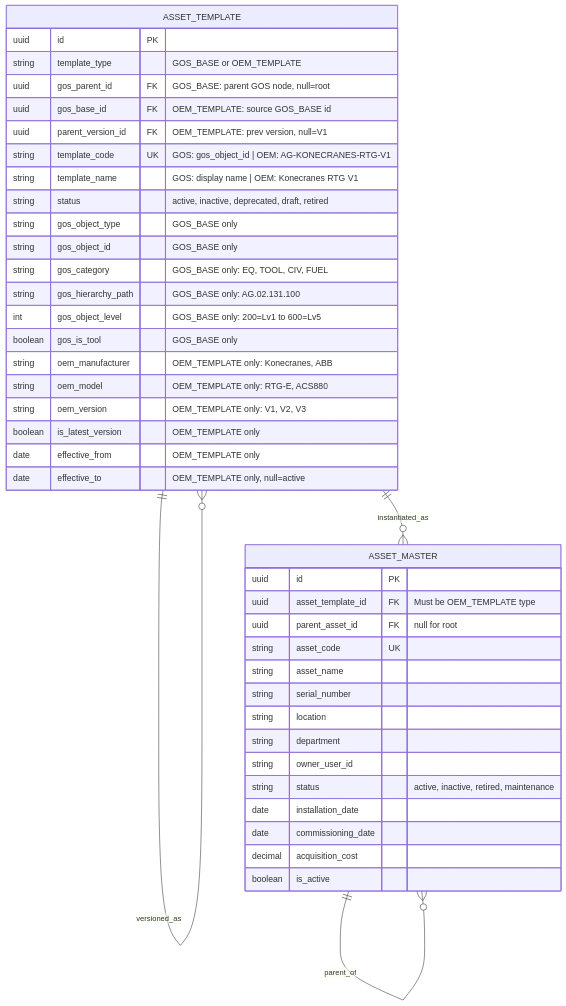
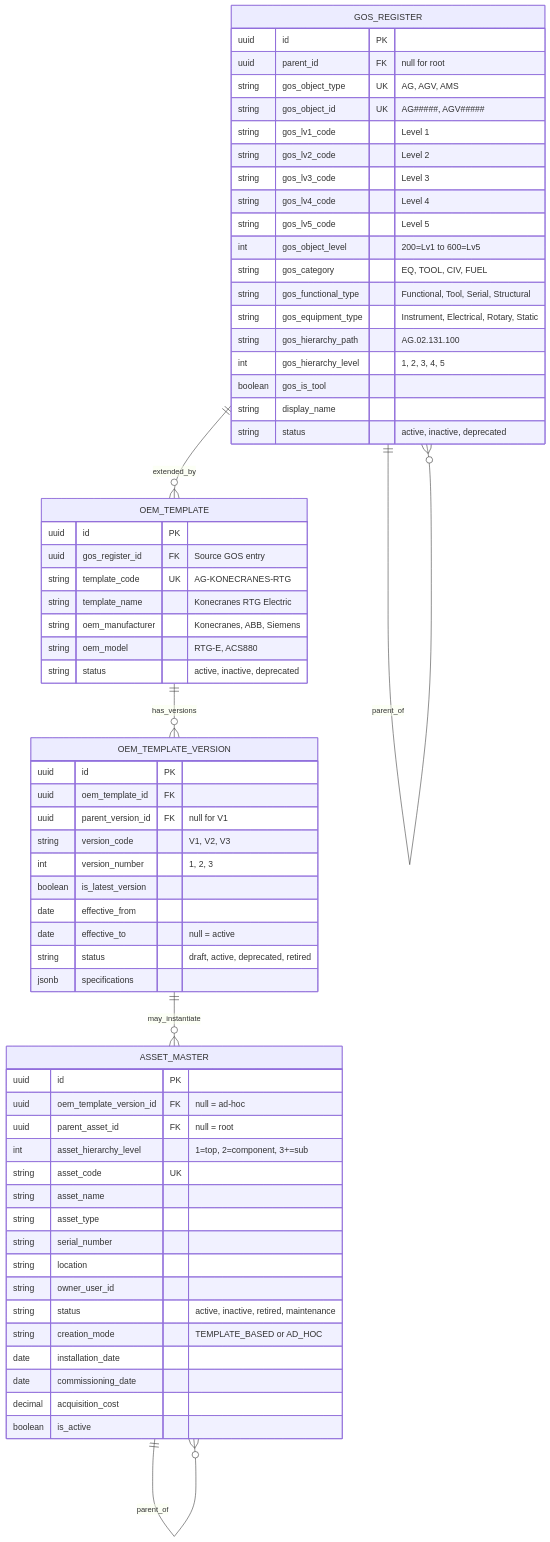
The second of 6 diagrams in asset-management/diagrams/01_ER_Diagrams.md (arup-ghosh-maersk/cia-lld), drawn with Mermaid before and after one commit. The commit also changed other lines of this file and 1 other file, not shown here.

Commit message:
template

````diff
--- a/asset-management/diagrams/01_ER_Diagrams.md
+++ b/asset-management/diagrams/01_ER_Diagrams.md
@@ -361,48 +388,71 @@
 ```mermaid
 erDiagram
-    ASSET_TEMPLATE ||--o{ ASSET_TEMPLATE : "gos_parent_of"
-    ASSET_TEMPLATE ||--o{ ASSET_TEMPLATE : "extended_as_oem"
-    ASSET_TEMPLATE ||--o{ ASSET_TEMPLATE : "versioned_as"
-    ASSET_TEMPLATE ||--o{ ASSET_MASTER : "instantiated_as"
+    GOS_REGISTER ||--o{ GOS_REGISTER : "parent_of"
+    GOS_REGISTER ||--o{ OEM_TEMPLATE : "extended_by"
+    OEM_TEMPLATE ||--o{ OEM_TEMPLATE_VERSION : "has_versions"
+    OEM_TEMPLATE_VERSION ||--o{ ASSET_MASTER : "may_instantiate"
     ASSET_MASTER ||--o{ ASSET_MASTER : "parent_of"
 
-    ASSET_TEMPLATE {
+    GOS_REGISTER {
         uuid id PK
-        string template_type "GOS_BASE or OEM_TEMPLATE"
-        uuid gos_parent_id FK "GOS_BASE: parent GOS node, null=root"
-        uuid gos_base_id FK "OEM_TEMPLATE: source GOS_BASE id"
-        uuid parent_version_id FK "OEM_TEMPLATE: prev version, null=V1"
-        string template_code UK "GOS: gos_object_id | OEM: AG-KONECRANES-RTG-V1"
-        string template_name "GOS: display name | OEM: Konecranes RTG V1"
-        string status "active, inactive, deprecated, draft, retired"
-        string gos_object_type "GOS_BASE only"
-        string gos_object_id "GOS_BASE only"
-        string gos_category "GOS_BASE only: EQ, TOOL, CIV, FUEL"
-        string gos_hierarchy_path "GOS_BASE only: AG.02.131.100"
-        int gos_object_level "GOS_BASE only: 200=Lv1 to 600=Lv5"
-        boolean gos_is_tool "GOS_BASE only"
-        string oem_manufacturer "OEM_TEMPLATE only: Konecranes, ABB"
-        string oem_model "OEM_TEMPLATE only: RTG-E, ACS880"
-        string oem_version "OEM_TEMPLATE only: V1, V2, V3"
-        boolean is_latest_version "OEM_TEMPLATE only"
-        date effective_from "OEM_TEMPLATE only"
-        date effective_to "OEM_TEMPLATE only, null=active"
+        uuid parent_id FK "null for root"
+        string gos_object_type UK "AG, AGV, AMS"
+        string gos_object_id UK "AG#####, AGV#####"
+        string gos_lv1_code "Level 1"
+        string gos_lv2_code "Level 2"
+        string gos_lv3_code "Level 3"
+        string gos_lv4_code "Level 4"
+        string gos_lv5_code "Level 5"
+        int gos_object_level "200=Lv1 to 600=Lv5"
+        string gos_category "EQ, TOOL, CIV, FUEL"
+        string gos_functional_type "Functional, Tool, Serial, Structural"
+        string gos_equipment_type "Instrument, Electrical, Rotary, Static"
+        string gos_hierarchy_path "AG.02.131.100"
+        int gos_hierarchy_level "1, 2, 3, 4, 5"
+        boolean gos_is_tool
+        string display_name
+        string status "active, inactive, deprecated"
+    }
+
+    OEM_TEMPLATE {
+        uuid id PK
+        uuid gos_register_id FK "Source GOS entry"
+        string template_code UK "AG-KONECRANES-RTG"
+        string template_name "Konecranes RTG Electric"
+        string oem_manufacturer "Konecranes, ABB, Siemens"
+        string oem_model "RTG-E, ACS880"
+        string status "active, inactive, deprecated"
+    }
+
+    OEM_TEMPLATE_VERSION {
+        uuid id PK
+        uuid oem_template_id FK
+        uuid parent_version_id FK "null for V1"
+        string version_code "V1, V2, V3"
+        int version_number "1, 2, 3"
+        boolean is_latest_version
+        date effective_from
+        date effective_to "null = active"
+        string status "draft, active, deprecated, retired"
+        jsonb specifications
     }
 
     ASSET_MASTER {
         uuid id PK
-        uuid asset_template_id FK "Must be OEM_TEMPLATE type"
-        uuid parent_asset_id FK "null for root"
+        uuid oem_template_version_id FK "null = ad-hoc"
+        uuid parent_asset_id FK "null = root"
+        int asset_hierarchy_level "1=top, 2=component, 3+=sub"
         string asset_code UK
         string asset_name
+        string asset_type
         string serial_number
         string location
-        string department
         string owner_user_id
         string status "active, inactive, retired, maintenance"
+        string creation_mode "TEMPLATE_BASED or AD_HOC"
         date installation_date
         date commissioning_date
         decimal acquisition_cost
         boolean is_active
     }
 ```
````
